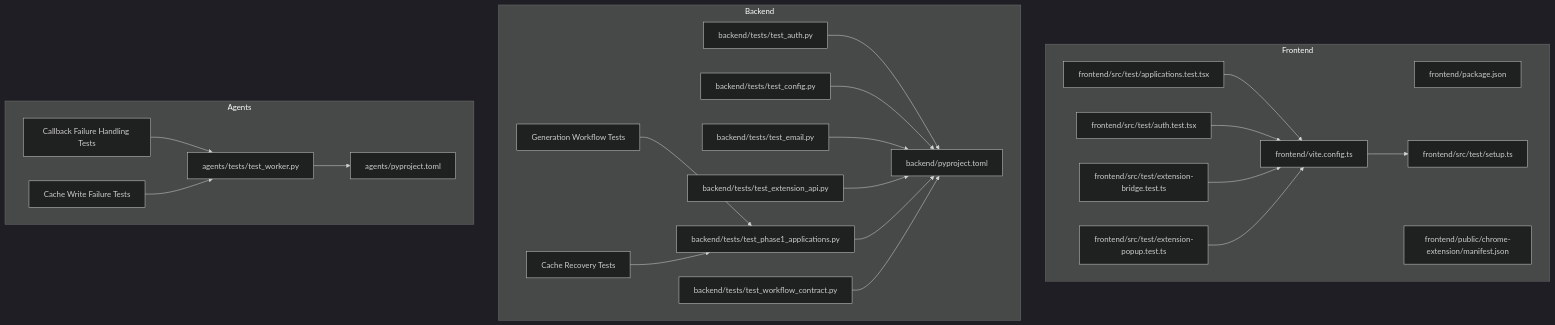
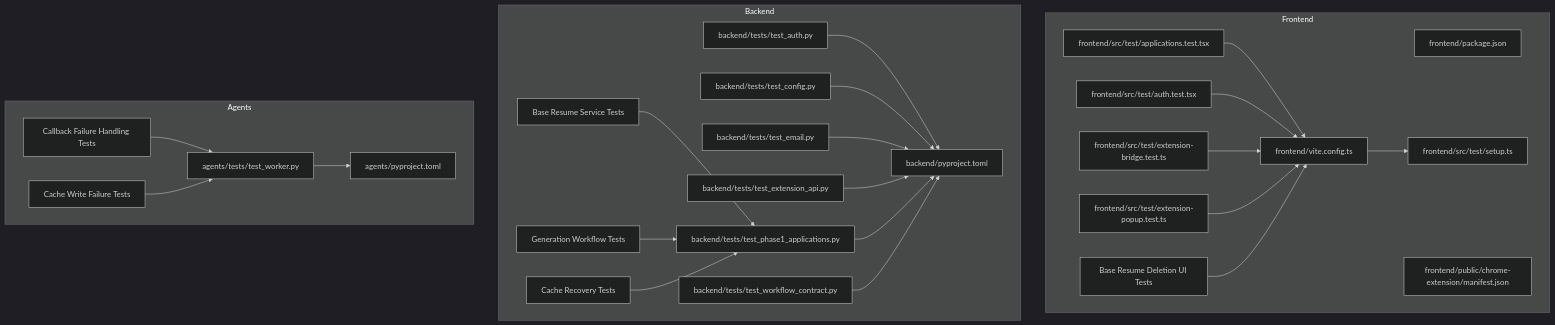
Before and after one commit to sankaL/resume-app: the first of 7 diagrams in .qoder/repowiki/en/content/Testing Strategy/Testing Strategy.md, drawn with Mermaid (dark theme). The commit also changed other lines of this file and 12 other files, not shown here.

````diff
--- a/.qoder/repowiki/en/content/Testing Strategy/Testing Strategy.md
+++ b/.qoder/repowiki/en/content/Testing Strategy/Testing Strategy.md
@@ -58,46 +65,50 @@
 ```mermaid
 graph TB
 subgraph "Frontend"
 FE_PKG["frontend/package.json"]
 FE_VITEST["frontend/vite.config.ts"]
 FE_SETUP["frontend/src/test/setup.ts"]
 FE_APPS["frontend/src/test/applications.test.tsx"]
 FE_AUTH["frontend/src/test/auth.test.tsx"]
 FE_EXT_BRIDGE["frontend/src/test/extension-bridge.test.ts"]
 FE_EXT_POPUP["frontend/src/test/extension-popup.test.ts"]
+FE_BASE_RESUME_UI["Base Resume Deletion UI Tests"]
 FE_MANIFEST["frontend/public/chrome-extension/manifest.json"]
 end
 subgraph "Backend"
 BE_PYPROJ["backend/pyproject.toml"]
 BE_AUTH_T["backend/tests/test_auth.py"]
 BE_CFG_T["backend/tests/test_config.py"]
 BE_EMAIL_T["backend/tests/test_email.py"]
 BE_EXT_API_T["backend/tests/test_extension_api.py"]
 BE_PHASE1_T["backend/tests/test_phase1_applications.py"]
 BE_WORKFLOW_T["backend/tests/test_workflow_contract.py"]
+BE_BASE_RESUME_SERVICE["Base Resume Service Tests"]
 BE_GEN_WORKFLOW["Generation Workflow Tests"]
 BE_CACHE_RECOVERY["Cache Recovery Tests"]
 end
 subgraph "Agents"
 AG_PYPROJ["agents/pyproject.toml"]
 AG_TEST["agents/tests/test_worker.py"]
 AG_CALLBACK_HANDLING["Callback Failure Handling Tests"]
 AG_CACHE_WRITE["Cache Write Failure Tests"]
 end
 FE_APPS --> FE_VITEST
 FE_AUTH --> FE_VITEST
 FE_EXT_BRIDGE --> FE_VITEST
 FE_EXT_POPUP --> FE_VITEST
+FE_BASE_RESUME_UI --> FE_VITEST
 FE_VITEST --> FE_SETUP
 BE_AUTH_T --> BE_PYPROJ
 BE_CFG_T --> BE_PYPROJ
 BE_EMAIL_T --> BE_PYPROJ
 BE_EXT_API_T --> BE_PYPROJ
 BE_PHASE1_T --> BE_PYPROJ
 BE_WORKFLOW_T --> BE_PYPROJ
+BE_BASE_RESUME_SERVICE --> BE_PHASE1_T
 BE_GEN_WORKFLOW --> BE_PHASE1_T
 BE_CACHE_RECOVERY --> BE_PHASE1_T
 AG_TEST --> AG_PYPROJ
 AG_CALLBACK_HANDLING --> AG_TEST
 AG_CACHE_WRITE --> AG_TEST
 ```
````
